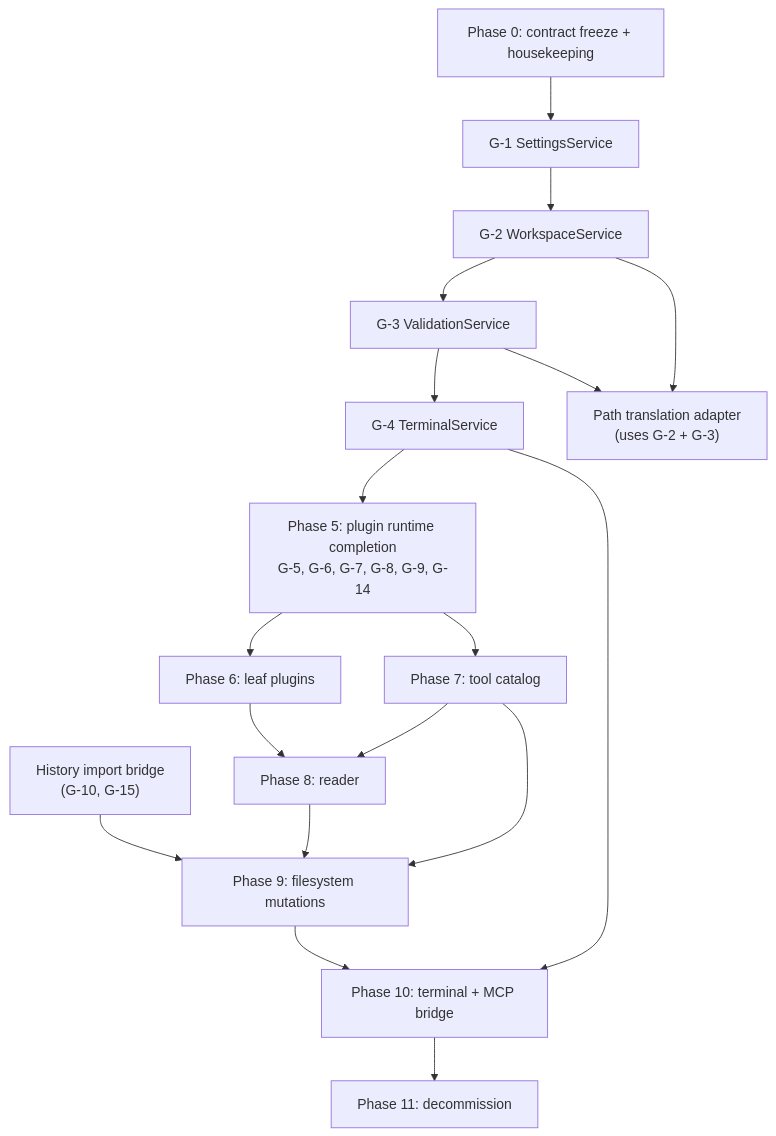
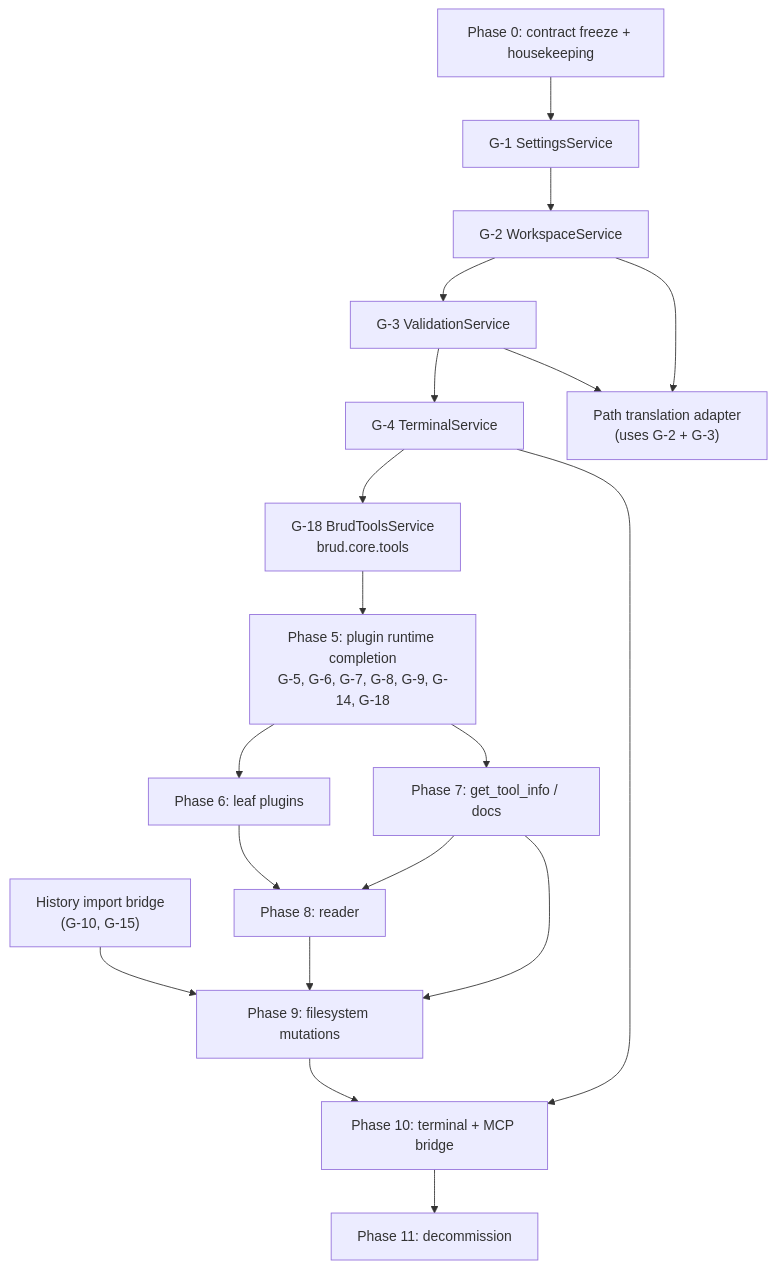
The third of 5 diagrams in docs/architecture/ROLLOUT_PLAN_CORE_TO_MICROKERNEL.md (rahatarch/brud), drawn with Mermaid before and after one commit. The commit also changed other lines of this file, not shown here.

First line of the commit message:
docs(architecture): elevate BrudTools to Level-1 core service (D-11)

````diff
--- a/docs/architecture/ROLLOUT_PLAN_CORE_TO_MICROKERNEL.md
+++ b/docs/architecture/ROLLOUT_PLAN_CORE_TO_MICROKERNEL.md
@@ -808,31 +888,32 @@
 ```mermaid
 flowchart TD
     P0["Phase 0: contract freeze + housekeeping"]
     S["G-1 SettingsService"]
     W["G-2 WorkspaceService"]
     V["G-3 ValidationService"]
     T["G-4 TerminalService"]
-    PR["Phase 5: plugin runtime completion<br/>G-5, G-6, G-7, G-8, G-9, G-14"]
+    BT["G-18 BrudToolsService<br/>brud.core.tools"]
+    PR["Phase 5: plugin runtime completion<br/>G-5, G-6, G-7, G-8, G-9, G-14, G-18"]
     PA["Path translation adapter<br/>(uses G-2 + G-3)"]
     HI["History import bridge<br/>(G-10, G-15)"]
     LEAF["Phase 6: leaf plugins"]
-    CAT["Phase 7: tool catalog"]
+    CAT["Phase 7: get_tool_info / docs"]
     READ["Phase 8: reader"]
     FS["Phase 9: filesystem mutations"]
     TERM["Phase 10: terminal + MCP bridge"]
     DEC["Phase 11: decommission"]
 
-    P0 --> S --> W --> V --> T --> PR
+    P0 --> S --> W --> V --> T --> BT --> PR
     W --> PA
     V --> PA
     PR --> LEAF
     PR --> CAT
     LEAF --> READ
     CAT --> READ
     READ --> FS
     CAT --> FS
     HI --> FS
     FS --> TERM
     T --> TERM
     TERM --> DEC
 ```
````
